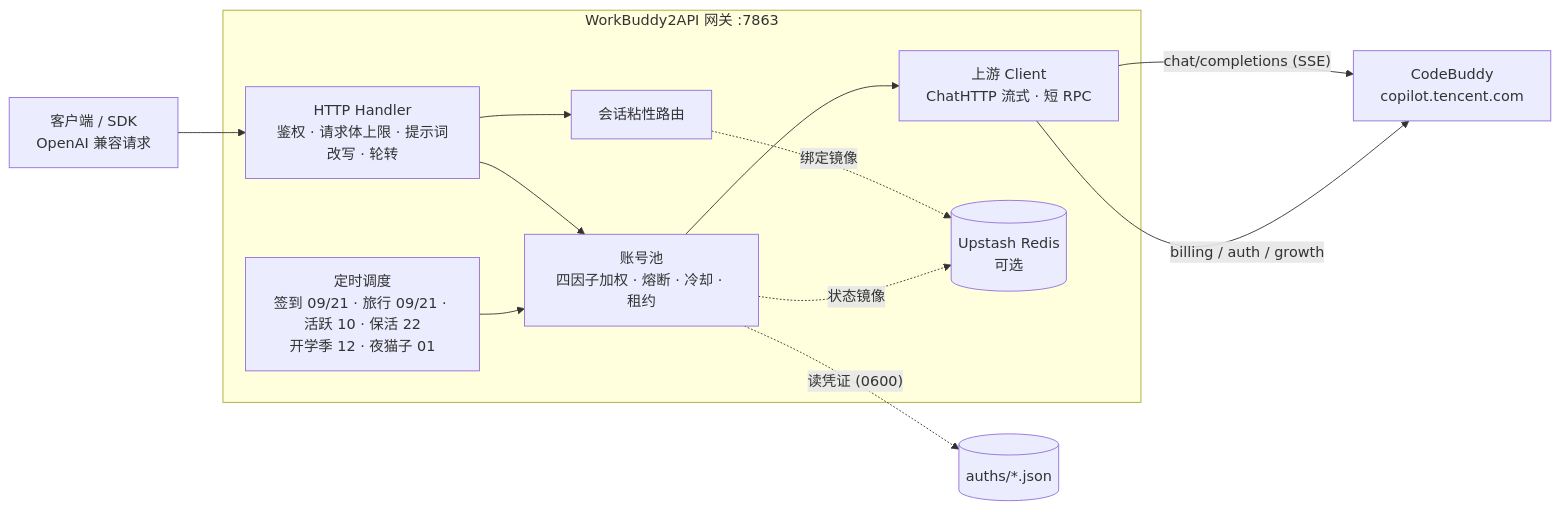
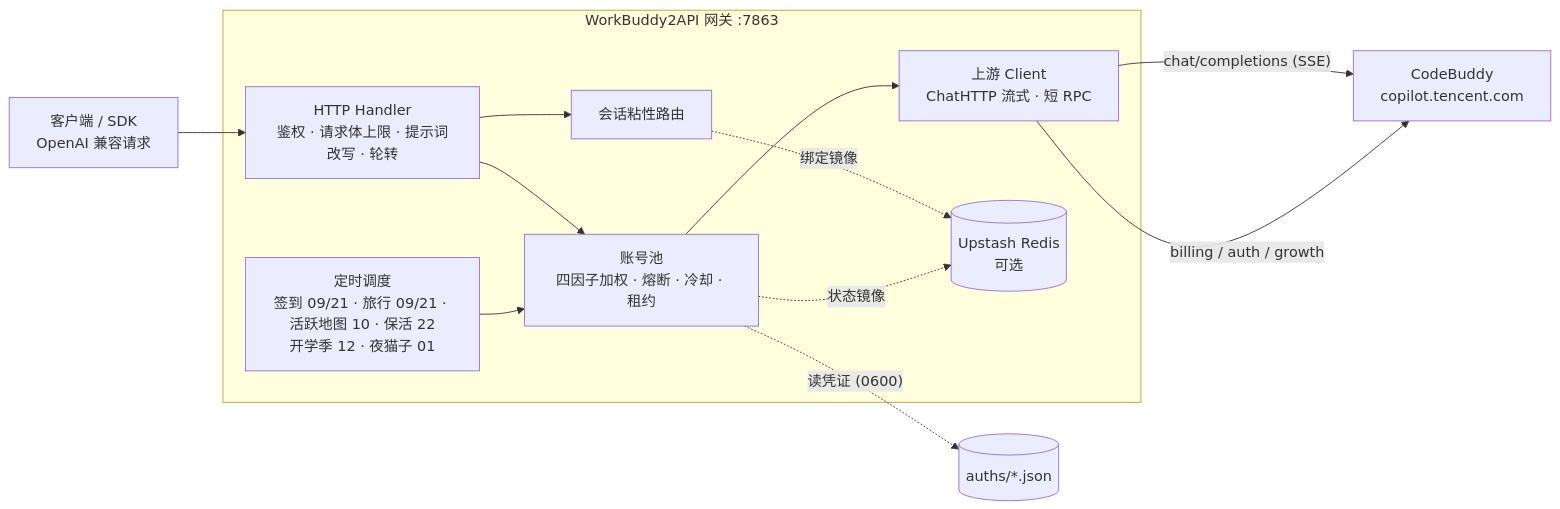
The diagram in README.md (Arimayuki03/workbuddy2api), drawn with Mermaid before and after one commit. The commit also changed other lines of this file, not shown here.

Commit message:
docs(readme): 术语「活跃上报」→「活跃地图」——对齐官方成长中心任务体系命名
只改面向用户的描述性文案（定时任务清单 + 架构图调度标签），同步补上
本轮吸收后的完整能力描述（补签卡保连登、档位兑换+抽奖、礼包/补偿领取）。
代码标识符（runActivity/claimGrowthRewards）、配置项（activity_enabled/
activity_hours/activity_report_count）、日志关键字（activity/report/streak）
与 .claude 历史文档一律不动——向后兼容 + git 历史可读。

````diff
--- a/README.md
+++ b/README.md
@@ -98,18 +98,18 @@
 ```mermaid
 flowchart LR
     Client["客户端 / SDK\nOpenAI 兼容请求"] --> H
 
     subgraph GWI["WorkBuddy2API 网关 :7863"]
         H["HTTP Handler\n鉴权 · 请求体上限 · 提示词改写 · 轮转"] --> P
         H --> S
         P["账号池\n四因子加权 · 熔断 · 冷却 · 租约"] --> U
         S["会话粘性路由"] -.绑定镜像.-> REDIS
-        T["定时调度\n签到 09/21 · 旅行 09/21 · 活跃 10 · 保活 22\n开学季 12 · 夜猫子 01"] --> P
+        T["定时调度\n签到 09/21 · 旅行 09/21 · 活跃地图 10 · 保活 22\n开学季 12 · 夜猫子 01"] --> P
         U["上游 Client\nChatHTTP 流式 · 短 RPC"]
     end
 
     P -. "读凭证 (0600)" .-> AUTH[("auths/*.json")]
     P -. "状态镜像" .-> REDIS[("Upstash Redis\n可选")]
     U -->|"chat/completions (SSE)"| CB["CodeBuddy\ncopilot.tencent.com"]
     U -->|"billing / auth / growth"| CB
 ```
````
